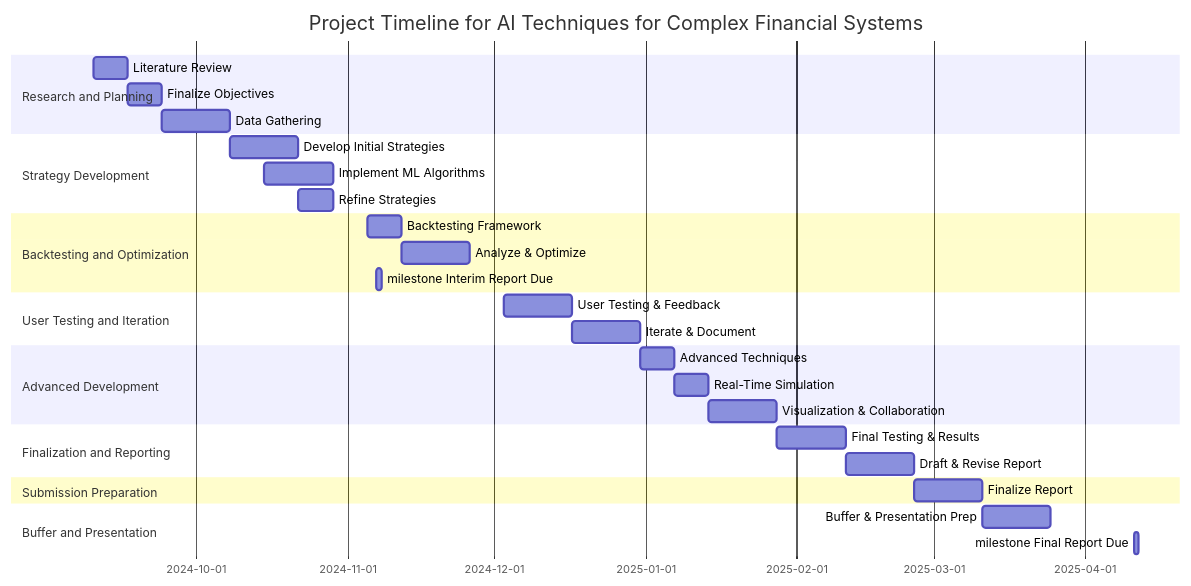
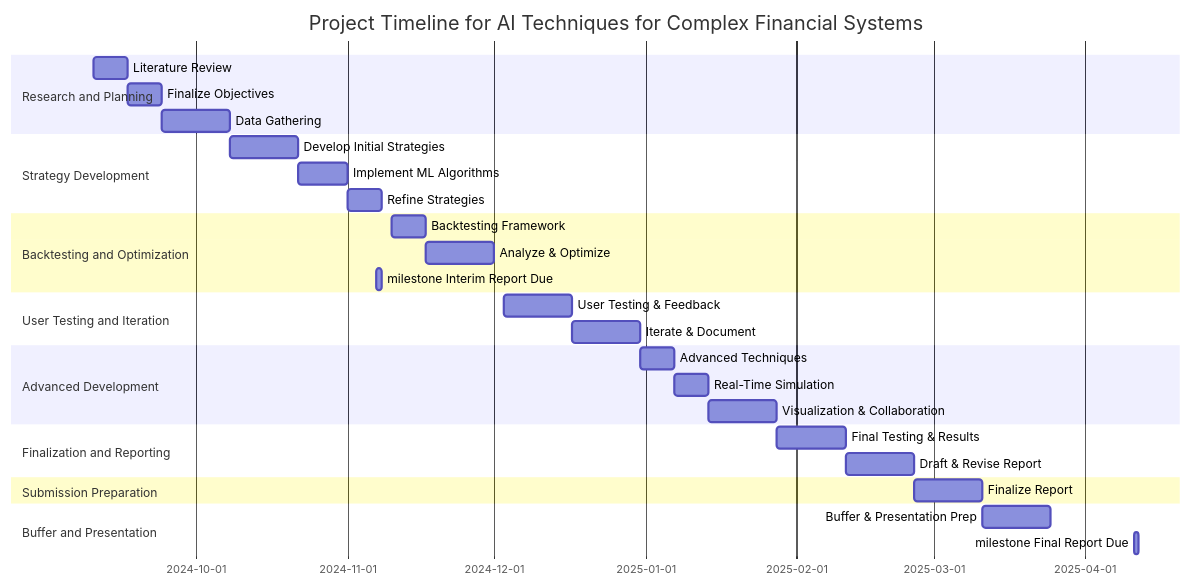
One commit to JSteveT/algorithmic-trading-strategies changed the diagram in project_proposal.md. Above: the diagram before and after it, drawn with Mermaid.

Commit message:
Refine project proposal timeline and tasks

````diff
--- a/project_proposal.md
+++ b/project_proposal.md
@@ -47,42 +47,42 @@
 ```mermaid
 gantt
     title Project Timeline for AI Techniques for Complex Financial Systems
     dateFormat  YYYY-MM-DD
     
     section Research and Planning
     Literature Review           :a1, 2024-09-10, 7d
     Finalize Objectives         :a2, 2024-09-17, 7d
     Data Gathering              :a3, 2024-09-24, 14d
 
     section Strategy Development
     Develop Initial Strategies  :b1, 2024-10-08, 14d
-    Implement ML Algorithms     :b2, 2024-10-15, 14d
-    Refine Strategies           :b3, 2024-10-22, 7d
+    Implement ML Algorithms     :b2, 2024-10-22, 10d
+    Refine Strategies           :b3, 2024-11-01, 7d
 
     section Backtesting and Optimization
-    Backtesting Framework       :c1, 2024-11-05, 7d
-    Analyze & Optimize          :c2, 2024-11-12, 14d
+    Backtesting Framework       :c1, 2024-11-10, 7d
+    Analyze & Optimize          :c2, 2024-11-17, 14d
     
     milestone Interim Report Due: milestone1, 2024-11-07, 1d
 
     section User Testing and Iteration
     User Testing & Feedback     :d1, 2024-12-03, 14d
     Iterate & Document          :d2, 2024-12-17, 14d
 
     section Advanced Development
     Advanced Techniques         :e1, 2024-12-31, 7d
     Real-Time Simulation        :e2, 2025-01-07, 7d
     Visualization & Collaboration: e3, 2025-01-14, 14d
 
     section Finalization and Reporting
     Final Testing & Results     :f1, 2025-01-28, 14d
     Draft & Revise Report       :f2, 2025-02-11, 14d
 
     section Submission Preparation
     Finalize Report             :g1, 2025-02-25, 14d
     
     section Buffer and Presentation
     Buffer & Presentation Prep  :h1, 2025-03-11, 14d
 
     milestone Final Report Due: milestone2, 2025-04-11, 1d
 ```
````
